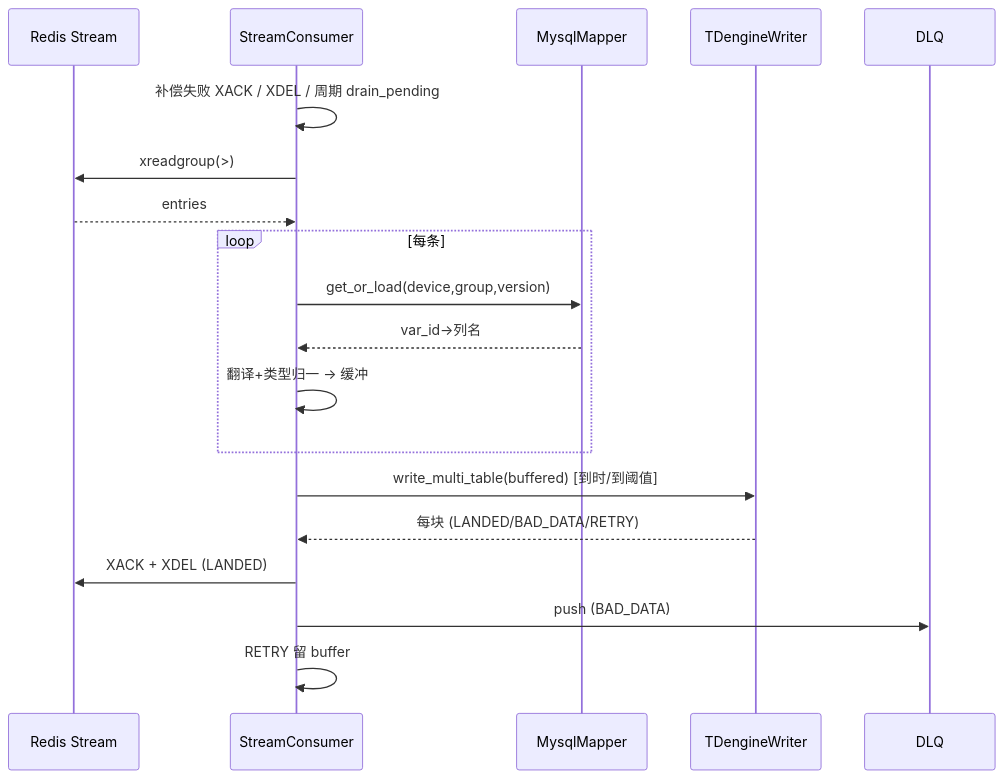
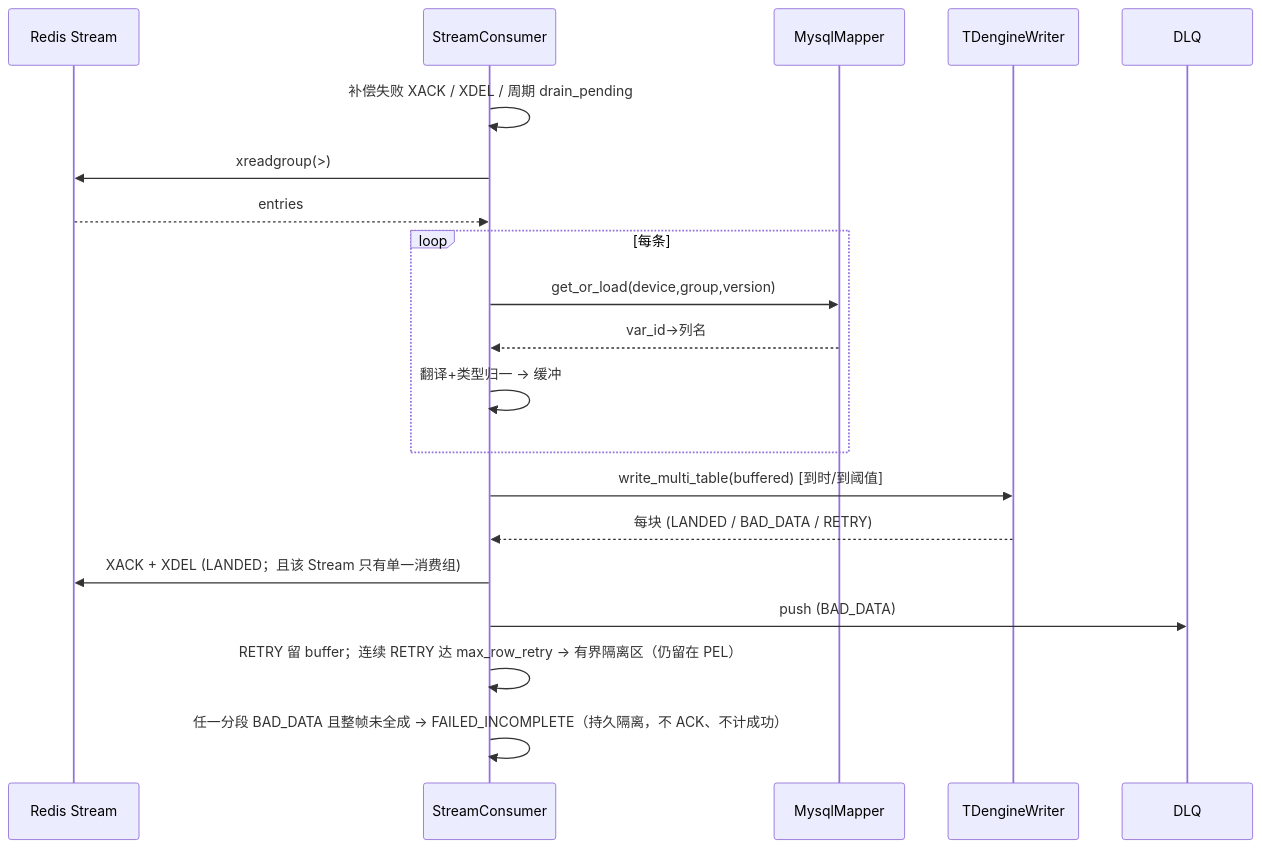
Before and after one commit to Hry1729/data_watch: the second of 2 diagrams in docs/02-模块设计/writer/README.md, drawn with Mermaid. The commit also changed other lines of this file, not shown here.

````diff
--- a/docs/02-模块设计/writer/README.md
+++ b/docs/02-模块设计/writer/README.md
@@ -168,21 +183,22 @@
 ```mermaid
 sequenceDiagram
     participant R as Redis Stream
     participant SC as StreamConsumer
     participant MAP as MysqlMapper
     participant TW as TDengineWriter
     participant DLQ as DLQ
     SC->>SC: 补偿失败 XACK / XDEL / 周期 drain_pending
     SC->>R: xreadgroup(>)
     R-->>SC: entries
     loop 每条
         SC->>MAP: get_or_load(device,group,version)
         MAP-->>SC: var_id→列名
         SC->>SC: 翻译+类型归一 → 缓冲
     end
     SC->>TW: write_multi_table(buffered)  [到时/到阈值]
-    TW-->>SC: 每块 (LANDED/BAD_DATA/RETRY)
-    SC->>R: XACK + XDEL (LANDED)
+    TW-->>SC: 每块 (LANDED / BAD_DATA / RETRY)
+    SC->>R: XACK + XDEL (LANDED；且该 Stream 只有单一消费组)
     SC->>DLQ: push (BAD_DATA)
-    SC->>SC: RETRY 留 buffer
+    SC->>SC: RETRY 留 buffer；连续 RETRY 达 max_row_retry → 有界隔离区（仍留在 PEL）
+    SC->>SC: 任一分段 BAD_DATA 且整帧未全成 → FAILED_INCOMPLETE（持久隔离，不 ACK、不计成功）
 ```
````
